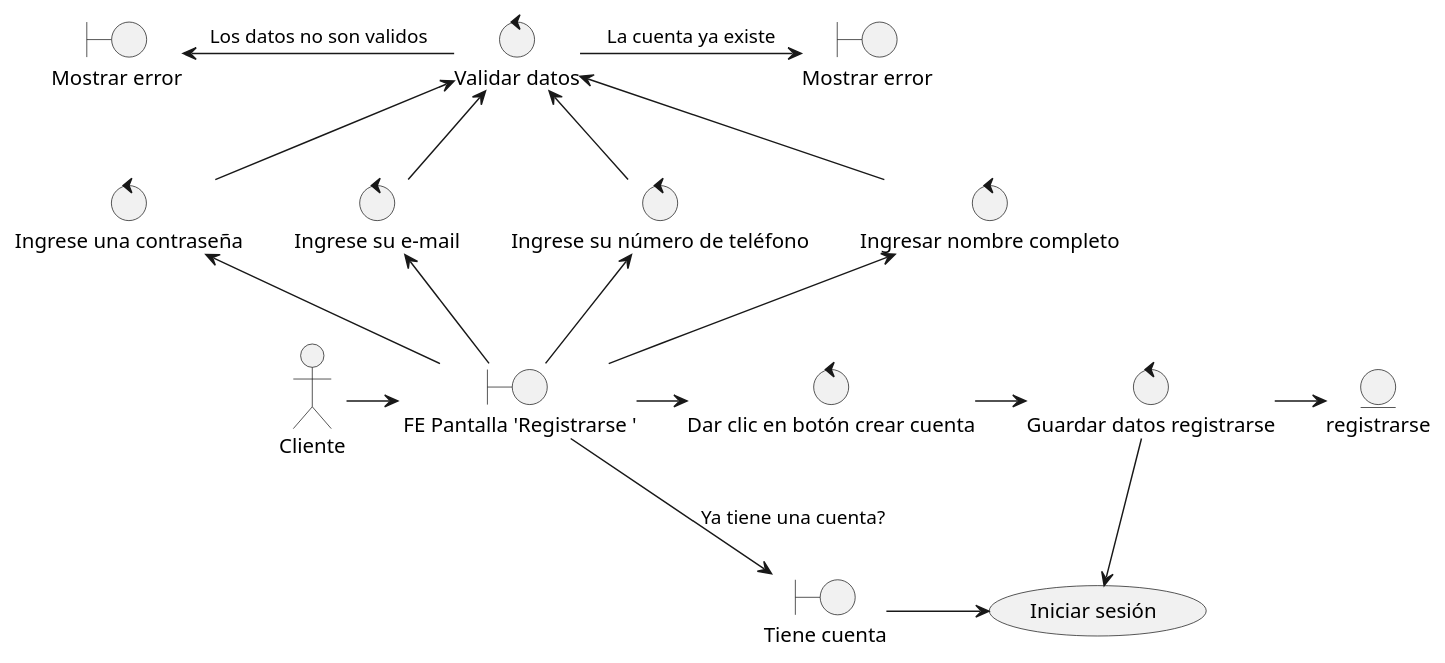
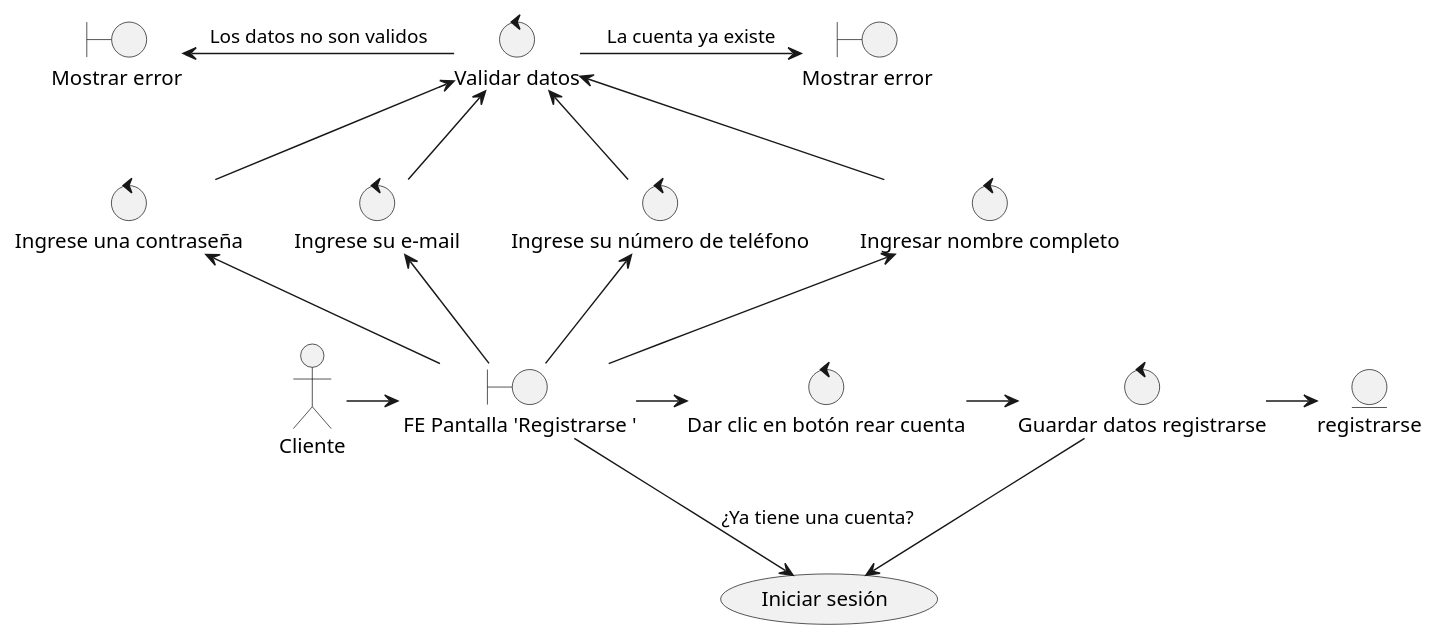
One commit to SofiGarcia09/um-2024-ds-comprodigios changed the diagram in Diagrama Robustez/registrarse.puml. Above: the diagram before and after it, drawn with PlantUML.

Commit message:
diagrama robustez

```diff
--- a/Diagrama Robustez/registrarse.puml
+++ b/Diagrama Robustez/registrarse.puml
@@ -1,42 +1,40 @@
 @startuml
 
 actor Cliente as cliente
 boundary " FE Pantalla 'Registrarse '" as feRegistrarse
 cliente -> feRegistrarse
 
 control "Ingresar nombre completo" as ingresarNombreCompleto
 feRegistrarse -up-> ingresarNombreCompleto
 control "Ingrese su número de teléfono" as ingreseTelefono
 feRegistrarse -up-> ingreseTelefono
 control "Ingrese su e-mail" as ingresarEmail
 feRegistrarse -up-> ingresarEmail
 control "Ingrese una contraseña" as ingresarContraseña
 feRegistrarse -up-> ingresarContraseña
 
 control "Validar datos" as validarDatos
 ingresarNombreCompleto -up-> validarDatos
 ingreseTelefono -up-> validarDatos
 ingresarEmail -up-> validarDatos
 ingresarContraseña -up-> validarDatos
 
 boundary "Mostrar error" as error 
 validarDatos -left-> error: Los datos no son validos
 
 boundary "Mostrar error" as mostrarError
 validarDatos -> mostrarError: La cuenta ya existe 
 
-control "Dar clic en botón crear cuenta" as crearCuenta
+control "Dar clic en botón rear cuenta" as crearCuenta
 feRegistrarse -> crearCuenta
 
 control "Guardar datos registrarse" as datosRegistrarse
 crearCuenta -> datosRegistrarse
 entity registrarse as registro
 datosRegistrarse -> registro
 usecase "Iniciar sesión" as iniciarSesion
 datosRegistrarse -down-> iniciarSesion
 
-boundary "Tiene cuenta" as tieneCuenta
-feRegistrarse-down->tieneCuenta: Ya tiene una cuenta?
-tieneCuenta -> iniciarSesion
+feRegistrarse-down->iniciarSesion: ¿Ya tiene una cuenta?
 
 @enduml
```
